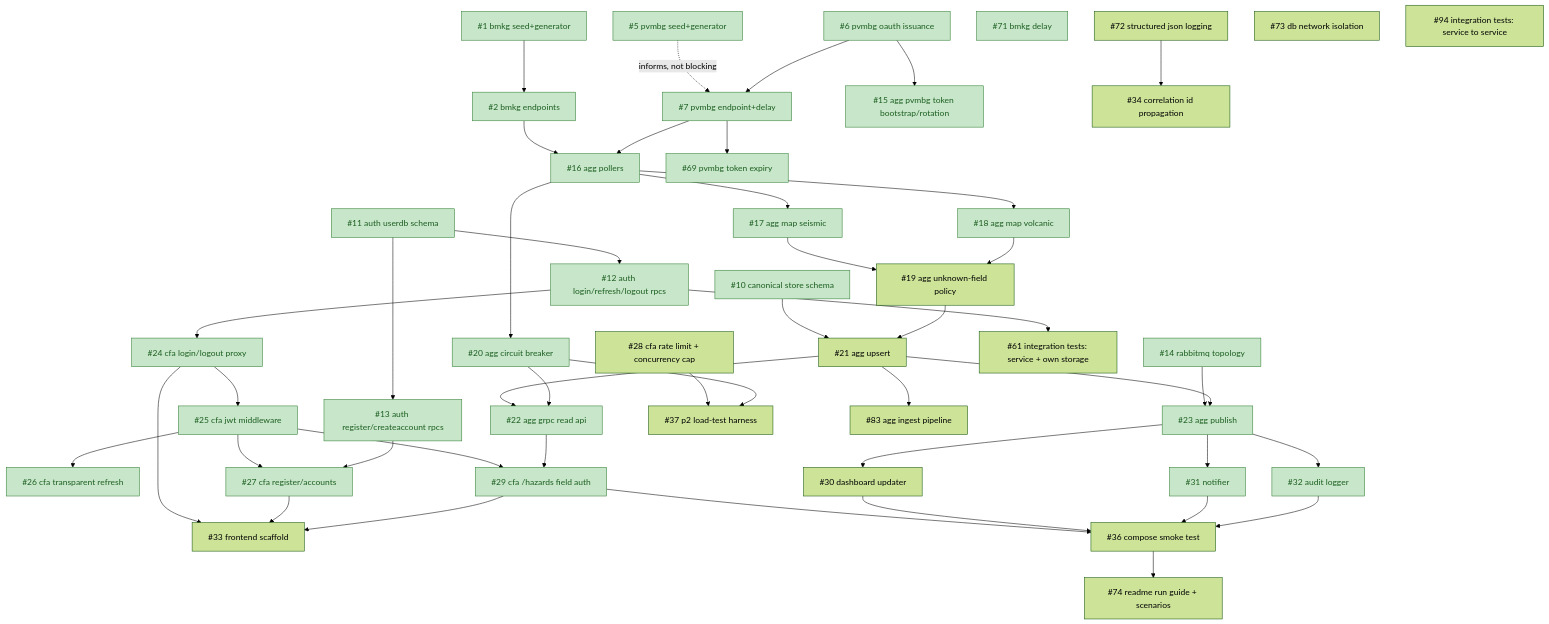
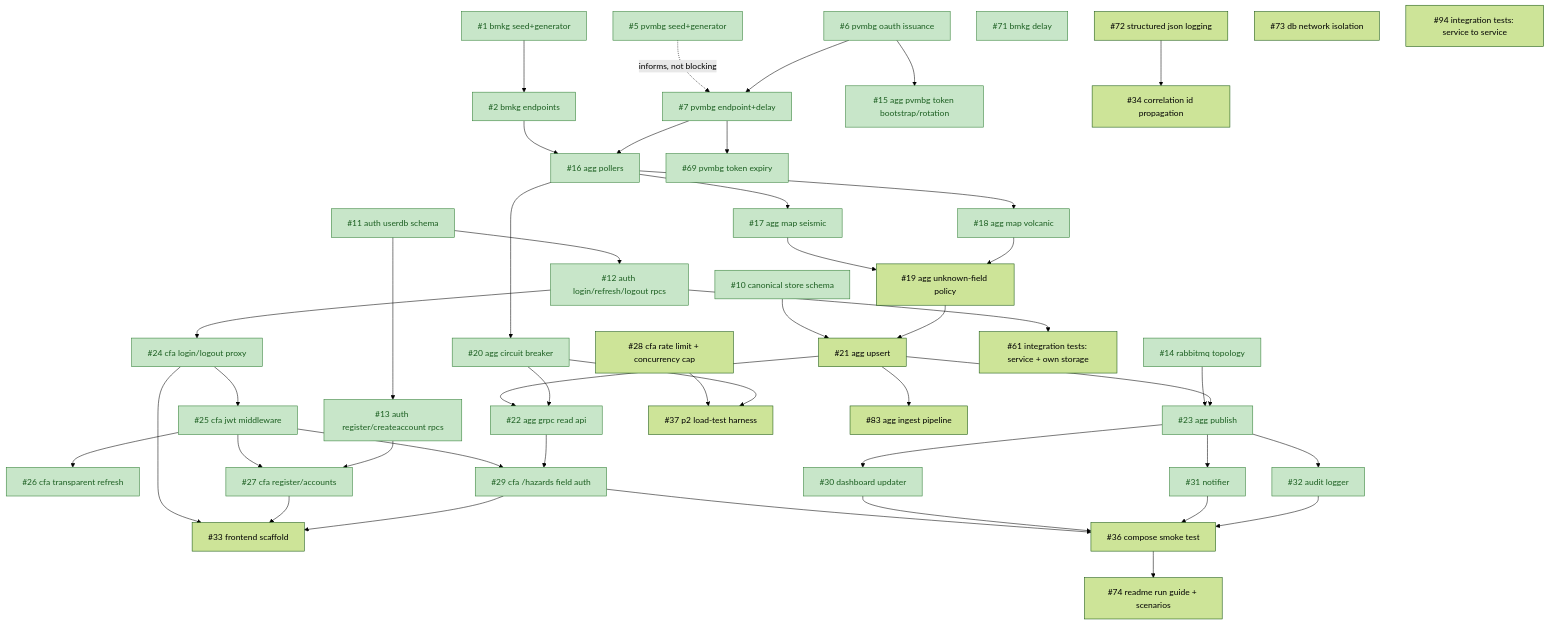
Before and after one commit to brii26/distributed-hazard-coordination: the diagram in doc/BACKLOG_DEPENDENCIES.md, drawn with Mermaid (forest theme). The commit also changed other lines of this file and 9 other files, not shown here.

````diff
--- a/doc/BACKLOG_DEPENDENCIES.md
+++ b/doc/BACKLOG_DEPENDENCIES.md
@@ -25,63 +24,63 @@
 ```mermaid
 graph TD
   1["#1 bmkg seed+generator"] --> 2["#2 bmkg endpoints"]
   5["#5 pvmbg seed+generator"] -.->|informs, not blocking| 7
 
   6["#6 pvmbg oauth issuance"] --> 15["#15 agg pvmbg token bootstrap/rotation"]
   6 --> 7["#7 pvmbg endpoint+delay"]
   7 --> 69["#69 pvmbg token expiry"]
 
   2 --> 16["#16 agg pollers"]
   7 --> 16
   16 --> 17["#17 agg map seismic"]
   16 --> 18["#18 agg map volcanic"]
   16 --> 20["#20 agg circuit breaker"]
   17 --> 19["#19 agg unknown-field policy"]
   18 --> 19
 
   10["#10 canonical store schema"] --> 21["#21 agg upsert"]
   19 --> 21
   21 --> 22["#22 agg grpc read api"]
   20 --> 22
 
   14["#14 rabbitmq topology"] --> 23["#23 agg publish"]
   21 --> 23
   21 --> 83["#83 agg ingest pipeline"]
 
   11["#11 auth userdb schema"] --> 12["#12 auth login/refresh/logout rpcs"]
   11 --> 13["#13 auth register/createaccount rpcs"]
 
   12 --> 24["#24 cfa login/logout proxy"]
   12 --> 61["#61 integration tests: service + own storage"]
   24 --> 25["#25 cfa jwt middleware"]
   25 --> 26["#26 cfa transparent refresh"]
   25 --> 27["#27 cfa register/accounts"]
   13 --> 27
   25 --> 29["#29 cfa /hazards field auth"]
   22 --> 29
 
   23 --> 30["#30 dashboard updater"]
   23 --> 31["#31 notifier"]
   23 --> 32["#32 audit logger"]
 
   24 --> 33["#33 frontend scaffold"]
   27 --> 33
   29 --> 33
 
   29 --> 36["#36 compose smoke test"]
   30 --> 36
   31 --> 36
   32 --> 36
 
   28["#28 cfa rate limit + concurrency cap"] --> 37["#37 p2 load-test harness"]
   20 --> 37
 
   72["#72 structured json logging"] --> 34["#34 correlation id propagation"]
   36 --> 74["#74 readme run guide + scenarios"]
   71["#71 bmkg delay"]
   73["#73 db network isolation"]
   94["#94 integration tests: service to service"]
 
   classDef done fill:#c8e6c9,stroke:#2e7d32,color:#1b5e20
-  class 1,2,5,6,7,10,11,12,13,14,15,16,17,18,20,22,23,24,25,26,27,29,31,32,69,71 done
+  class 1,2,5,6,7,10,11,12,13,14,15,16,17,18,20,22,23,24,25,26,27,29,30,31,32,69,71 done
 ```
````
